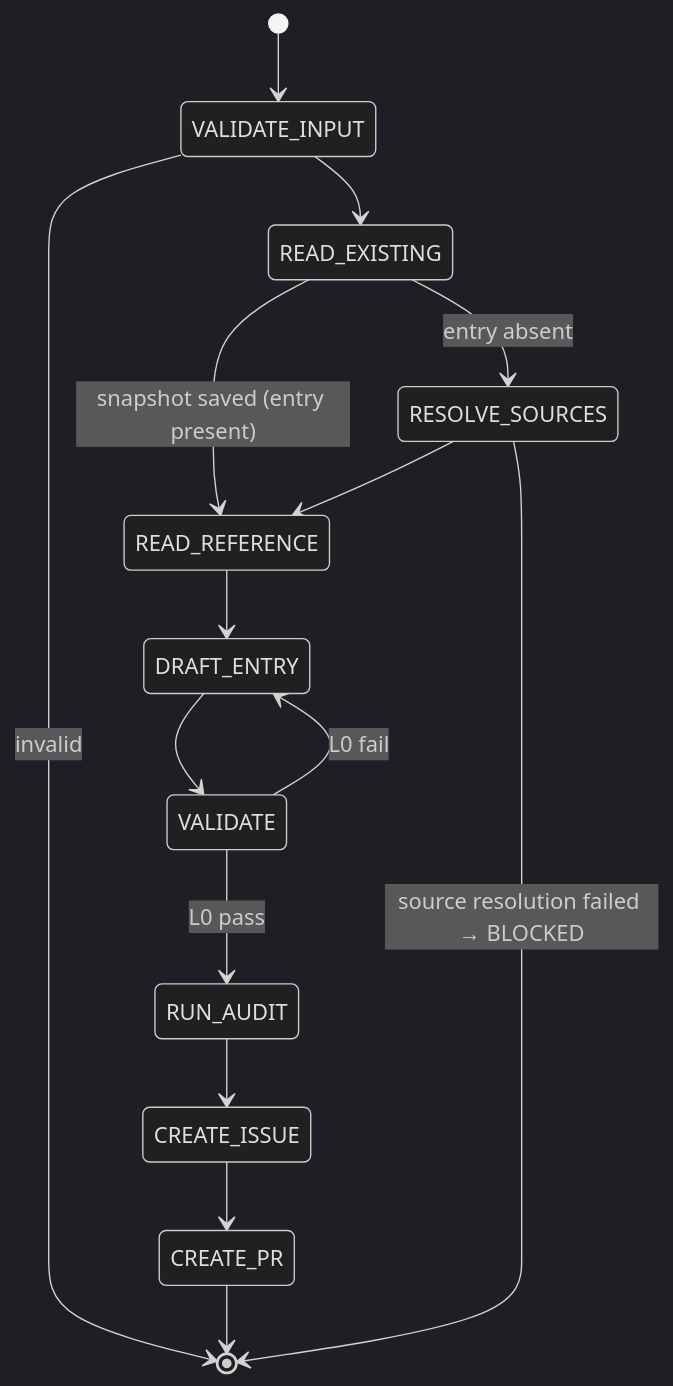
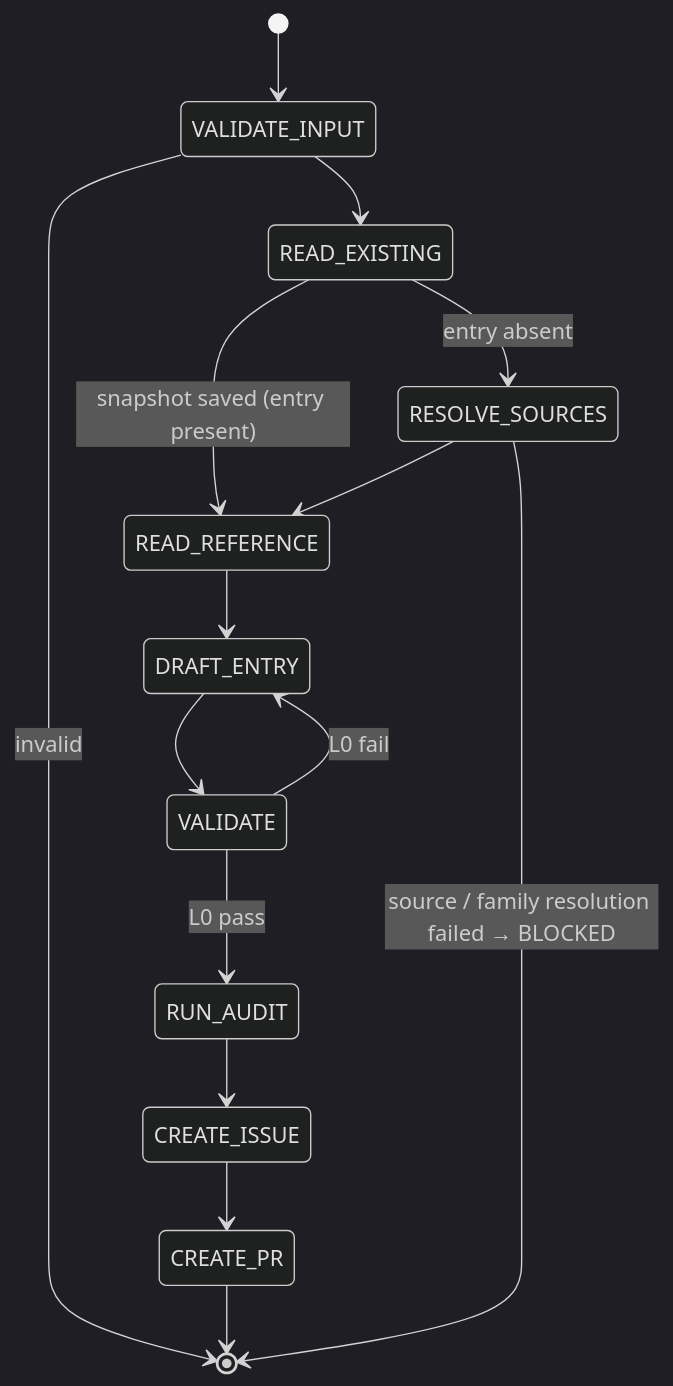
One commit to tile-ai/TileOPs changed the diagram in .claude/skills/add-manifest/SKILL.md. Above: the diagram before and after it, drawn with Mermaid (dark theme). The commit also changed other lines of this file, not shown here.

````diff
--- a/.claude/skills/add-manifest/SKILL.md
+++ b/.claude/skills/add-manifest/SKILL.md
@@ -37,17 +37,17 @@
 ```mermaid
 stateDiagram-v2
     [*] --> VALIDATE_INPUT
     VALIDATE_INPUT --> [*]: invalid
     VALIDATE_INPUT --> READ_EXISTING
     READ_EXISTING --> READ_REFERENCE: snapshot saved (entry present)
     READ_EXISTING --> RESOLVE_SOURCES: entry absent
     RESOLVE_SOURCES --> READ_REFERENCE
-    RESOLVE_SOURCES --> [*]: source resolution failed → BLOCKED
+    RESOLVE_SOURCES --> [*]: source / family resolution failed → BLOCKED
     READ_REFERENCE --> DRAFT_ENTRY
     DRAFT_ENTRY --> VALIDATE
     VALIDATE --> DRAFT_ENTRY: L0 fail
     VALIDATE --> RUN_AUDIT: L0 pass
     RUN_AUDIT --> CREATE_ISSUE
     CREATE_ISSUE --> CREATE_PR
     CREATE_PR --> [*]
 ```
````
